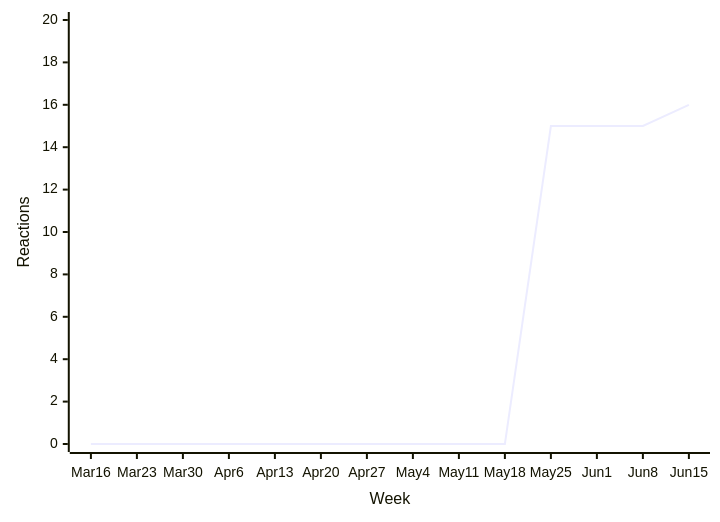
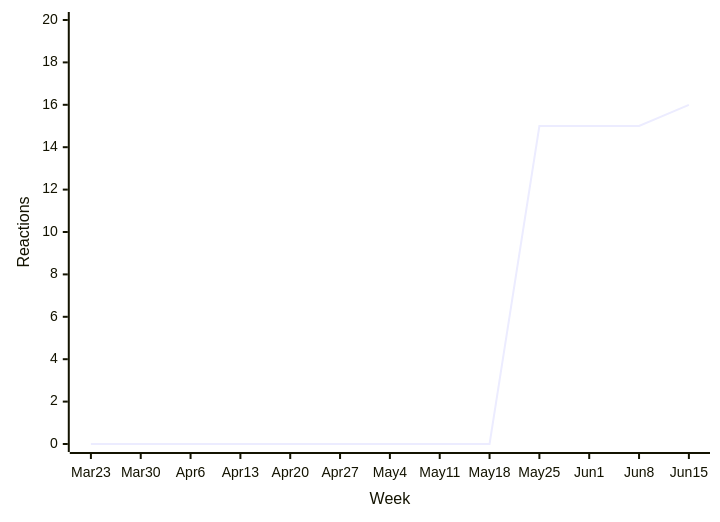
One commit to loic-sharma/github-insights changed the tenth of 49 diagrams in README.md. Above: the diagram before and after it, drawn with Mermaid. The commit also changed other lines of this file and 3 other files, not shown here.

````diff
--- a/README.md
+++ b/README.md
@@ -492,6 +492,6 @@
   ```mermaid
   xychart-beta
-    x-axis "Week" [Mar 16, Mar 23, Mar 30, Apr 6, Apr 13, Apr 20, Apr 27, May 4, May 11, May 18, May 25, Jun 1, Jun 8, Jun 15]
+    x-axis "Week" [Mar 23, Mar 30, Apr 6, Apr 13, Apr 20, Apr 27, May 4, May 11, May 18, May 25, Jun 1, Jun 8, Jun 15]
     y-axis "Reactions" 0 --> 20
-    line [0, 0, 0, 0, 0, 0, 0, 0, 0, 0, 15, 15, 15, 16]
+    line [0, 0, 0, 0, 0, 0, 0, 0, 0, 15, 15, 15, 16]
   ```
````
